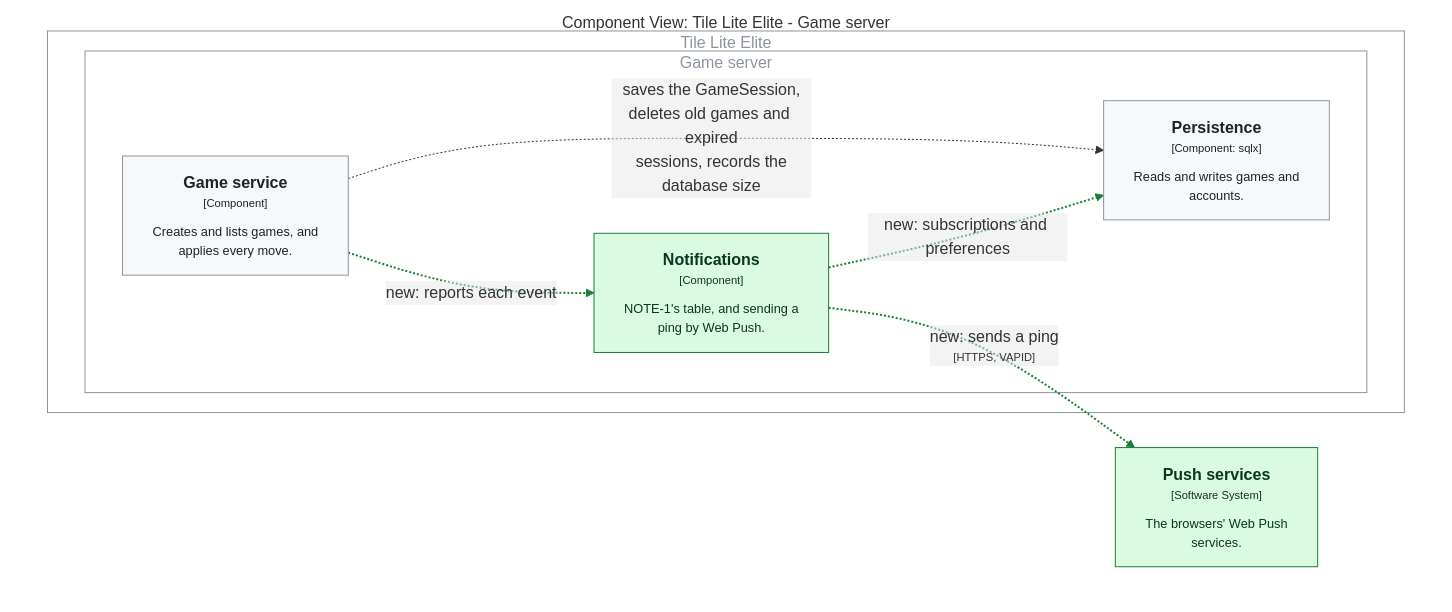
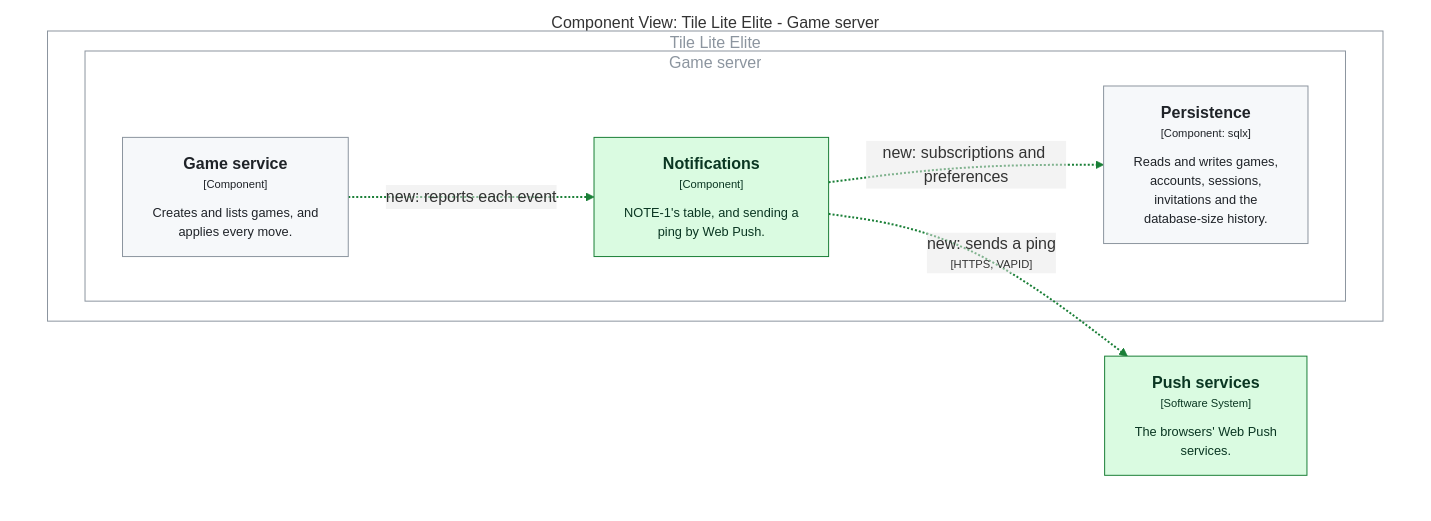
Before and after one commit to delphside/programme: the second of 2 diagrams in applications/tile-lite-elite/3.1.7-changes/workstreams/application-game-architecture/71-one-game-model/71-map-diagrams.md, drawn with Mermaid. The commit also changed other lines of this file and 4 other files, not shown here.

````diff
--- a/applications/tile-lite-elite/3.1.7-changes/workstreams/application-game-architecture/71-one-game-model/71-map-diagrams.md
+++ b/applications/tile-lite-elite/3.1.7-changes/workstreams/application-game-architecture/71-one-game-model/71-map-diagrams.md
@@ -167,36 +160,35 @@
 ```mermaid
 graph TB
   linkStyle default fill:#ffffff
 
   subgraph diagram ["Component View: Tile Lite Elite - Game server"]
     style diagram fill:#ffffff,stroke:#ffffff
 
-    94["<div style='font-weight: bold'>Push services</div><div style='font-size: 70%; margin-top: 0px'>[Software System]</div><div style='font-size: 80%; margin-top:10px'>The browsers' Web Push<br />services.</div>"]
-    style 94 fill:#dafbe1,stroke:#1a7f37,color:#0a3622
+    103["<div style='font-weight: bold'>Push services</div><div style='font-size: 70%; margin-top: 0px'>[Software System]</div><div style='font-size: 80%; margin-top:10px'>The browsers' Web Push<br />services.</div>"]
+    style 103 fill:#dafbe1,stroke:#1a7f37,color:#0a3622
 
-    subgraph 4 ["Tile Lite Elite"]
-      style 4 fill:#ffffff,stroke:#8c959f,color:#8c959f
+    subgraph 5 ["Tile Lite Elite"]
+      style 5 fill:#ffffff,stroke:#8c959f,color:#8c959f
 
-      subgraph 9 ["Game server"]
-        style 9 fill:#ffffff,stroke:#8c959f,color:#8c959f
+      subgraph 10 ["Game server"]
+        style 10 fill:#ffffff,stroke:#8c959f,color:#8c959f
 
-        13["<div style='font-weight: bold'>Game service</div><div style='font-size: 70%; margin-top: 0px'>[Component]</div><div style='font-size: 80%; margin-top:10px'>Creates and lists games, and<br />applies every move.</div>"]
-        style 13 fill:#f6f8fa,stroke:#8c959f,color:#1f2328
-        25["<div style='font-weight: bold'>Persistence</div><div style='font-size: 70%; margin-top: 0px'>[Component: sqlx]</div><div style='font-size: 80%; margin-top:10px'>Reads and writes games and<br />accounts.</div>"]
-        style 25 fill:#f6f8fa,stroke:#8c959f,color:#1f2328
-        93["<div style='font-weight: bold'>Notifications</div><div style='font-size: 70%; margin-top: 0px'>[Component]</div><div style='font-size: 80%; margin-top:10px'>NOTE-1's table, and sending a<br />ping by Web Push.</div>"]
-        style 93 fill:#dafbe1,stroke:#1a7f37,color:#0a3622
+        102["<div style='font-weight: bold'>Notifications</div><div style='font-size: 70%; margin-top: 0px'>[Component]</div><div style='font-size: 80%; margin-top:10px'>NOTE-1's table, and sending a<br />ping by Web Push.</div>"]
+        style 102 fill:#dafbe1,stroke:#1a7f37,color:#0a3622
+        14["<div style='font-weight: bold'>Game service</div><div style='font-size: 70%; margin-top: 0px'>[Component]</div><div style='font-size: 80%; margin-top:10px'>Creates and lists games, and<br />applies every move.</div>"]
+        style 14 fill:#f6f8fa,stroke:#8c959f,color:#1f2328
+        26["<div style='font-weight: bold'>Persistence</div><div style='font-size: 70%; margin-top: 0px'>[Component: sqlx]</div><div style='font-size: 80%; margin-top:10px'>Reads and writes games,<br />accounts, sessions,<br />invitations and the<br />database-size history.</div>"]
+        style 26 fill:#f6f8fa,stroke:#8c959f,color:#1f2328
       end
 
     end
 
-    13-. "<div>saves the GameSession,<br />deletes old games and expired<br />sessions, records the<br />database size</div><div style='font-size: 70%'></div>" .->25
-    13-. "<div>new: reports each event</div><div style='font-size: 70%'></div>" .->93
-    93-. "<div>new: sends a ping</div><div style='font-size: 70%'>[HTTPS, VAPID]</div>" .->94
-    93-. "<div>new: subscriptions and preferences</div><div style='font-size: 70%'></div>" .->25
+    14-. "<div>new: reports each event</div><div style='font-size: 70%'></div>" .->102
+    102-. "<div>new: sends a ping</div><div style='font-size: 70%'>[HTTPS, VAPID]</div>" .->103
+    102-. "<div>new: subscriptions and preferences</div><div style='font-size: 70%'></div>" .->26
 
   end
+  linkStyle 0 stroke:#1a7f37,stroke-width:2px
   linkStyle 1 stroke:#1a7f37,stroke-width:2px
   linkStyle 2 stroke:#1a7f37,stroke-width:2px
-  linkStyle 3 stroke:#1a7f37,stroke-width:2px
 ```
````
